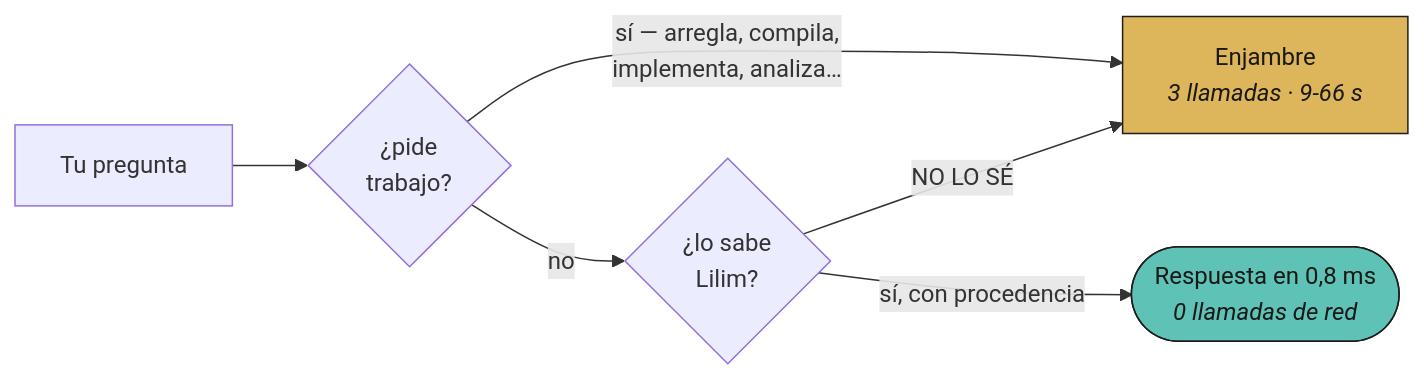
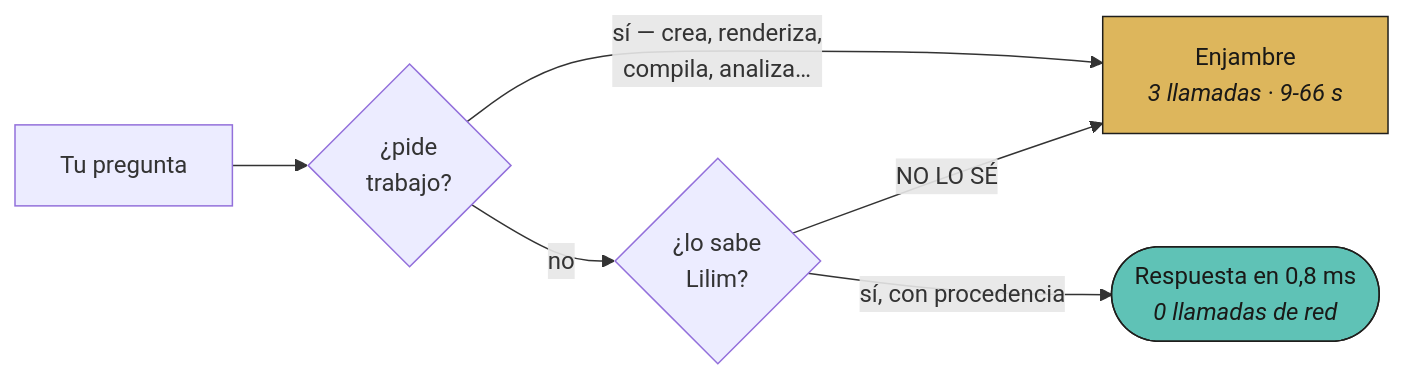
Before and after one commit to zero-phoenix/Venim: the third of 4 diagrams in README.md, drawn with Mermaid. The commit also changed other lines of this file and 683 other files, not shown here.

````diff
--- a/README.md
+++ b/README.md
@@ -216,11 +156,11 @@
 ```mermaid
 flowchart LR
     P["Tu pregunta"] --> C{"¿pide<br/>trabajo?"}
-    C -->|"sí — arregla, compila,<br/>implementa, analiza…"| E
+    C -->|"sí — crea, renderiza,<br/>compila, analiza…"| E
     C -->|no| L{"¿lo sabe<br/>Lilim?"}
     L -->|"sí, con procedencia"| R(["Respuesta en 0,8 ms<br/><i>0 llamadas de red</i>"])
     L -->|"NO LO SÉ"| E["Enjambre<br/><i>3 llamadas · 9-66 s</i>"]
 
     style R fill:#5FC2B6,stroke:#1F1E1C,color:#1A1917
     style E fill:#DDB65C,stroke:#1F1E1C,color:#1A1917
 ```
````
